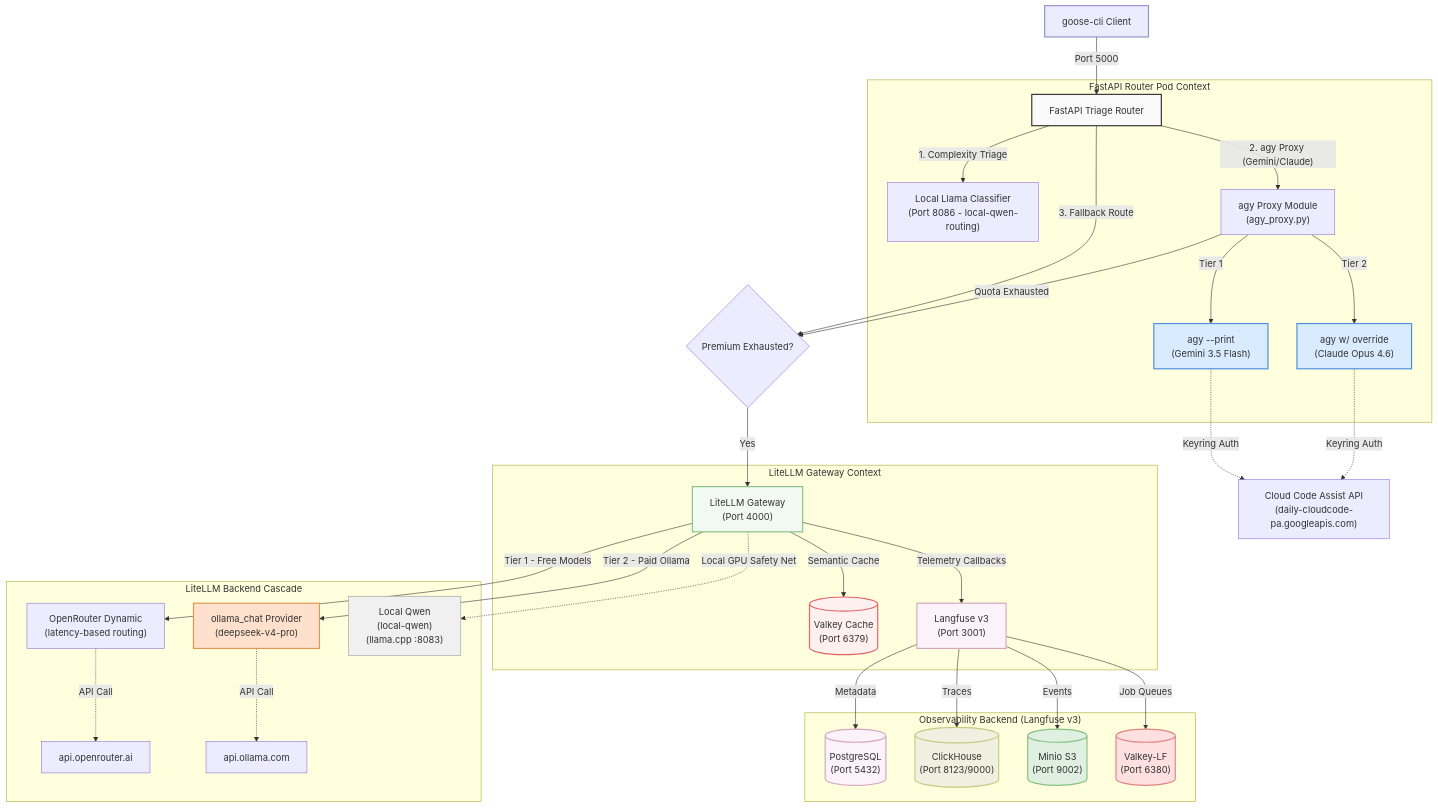
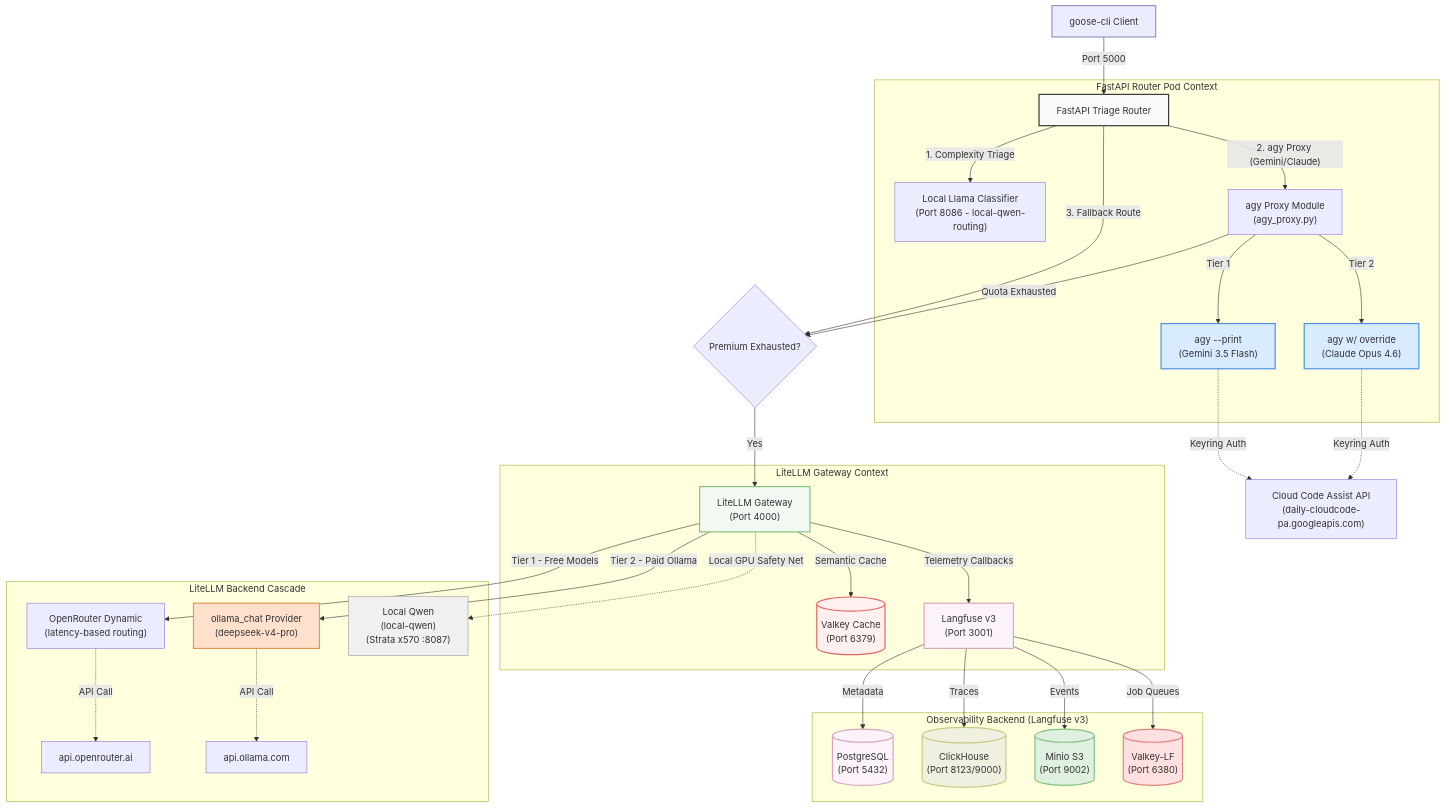
The first of 3 diagrams in README.md (sheepdestroyer/LLM-Routing), drawn with Mermaid before and after one commit. The commit also changed other lines of this file and 12 other files, not shown here.

First line of the commit message:
feat(x570): route local-qwen* aliases to x570 Strata (:8087) via LOCAL_STRATA_URL (#798)

````diff
--- a/README.md
+++ b/README.md
@@ -23,53 +23,53 @@
 ```mermaid
 graph TD
     Client["goose-cli Client"] -->|Port 5000| Router["FastAPI Triage Router"]
 
     subgraph FastAPIRouter ["FastAPI Router Pod Context"]
         Router -->|1. Complexity Triage| LlamaServer["Local Llama Classifier\n(Port 8086 - local-qwen-routing)"]
         Router -->|"2. agy Proxy (Gemini/Claude)"| AgyProxy["agy Proxy Module\n(agy_proxy.py)"]
 
         AgyProxy -->|Tier 1| AgyGemini["agy --print\n(Gemini 3.5 Flash)"]
         AgyProxy -->|Tier 2| AgyOpus["agy w/ override\n(Claude Opus 4.6)"]
     end
 
     AgyGemini -.->|Keyring Auth| Google["Cloud Code Assist API\n(daily-cloudcode-pa.googleapis.com)"]
     AgyOpus -.->|Keyring Auth| Google
 
     Router -->|3. Fallback Route| RouteSelector{"Premium Exhausted?"}
     RouteSelector -->|Yes| LiteLLM["LiteLLM Gateway\n(Port 4000)"]
     AgyProxy -->|Quota Exhausted| RouteSelector
 
     subgraph LiteLLMGateway ["LiteLLM Gateway Context"]
         LiteLLM -->|Semantic Cache| Valkey[("Valkey Cache\n(Port 6379)")]
         LiteLLM -->|Telemetry Callbacks| Langfuse["Langfuse v3\n(Port 3001)"]
     end
 
     subgraph BackendRoutingCascade ["LiteLLM Backend Cascade"]
         LiteLLM -->|Tier 1 - Free Models| OpenRouter["OpenRouter Dynamic\n(latency-based routing)"]
         LiteLLM -->|Tier 2 - Paid Ollama| OllamaTier["ollama_chat Provider\n(deepseek-v4-pro)"]
         OpenRouter -.->|API Call| OpenRouterAPI["api.openrouter.ai"]
         OllamaTier -.->|API Call| OllamaAPI["api.ollama.com"]
-        LiteLLM -.->|"Local GPU Safety Net"| QwenLocal["Local Qwen\n(local-qwen)\n(llama.cpp :8083)"]
+        LiteLLM -.->|"Local GPU Safety Net"| QwenLocal["Local Qwen\n(local-qwen)\n(Strata x570 :8087)"]
     end
 
     subgraph Observability ["Observability Backend (Langfuse v3)"]
         Langfuse -->|Metadata| Postgres[("PostgreSQL\n(Port 5432)")]
         Langfuse -->|Traces| ClickHouse[("ClickHouse\n(Port 8123/9000)")]
         Langfuse -->|Events| Minio[("Minio S3\n(Port 9002)")]
         Langfuse -->|Job Queues| ValkeyLF[("Valkey-LF\n(Port 6380)")]
     end
 
     style Client fill:#ececff,stroke:#9393c9,stroke-width:2px;
     style Router fill:#f9f9f9,stroke:#333,stroke-width:2px;
     style AgyGemini fill:#d9ebff,stroke:#4a90e2,stroke-width:2px;
     style AgyOpus fill:#d9ebff,stroke:#4a90e2,stroke-width:2px;
     style LiteLLM fill:#f2f9f2,stroke:#85c285,stroke-width:2px;
     style OllamaTier fill:#ffe0cc,stroke:#e09650,stroke-width:2px;
     style Valkey fill:#fff0f0,stroke:#e06666,stroke-width:2px;
     style Langfuse fill:#fbf2fa,stroke:#d5a6bd,stroke-width:2px;
     style Postgres fill:#fbf2fa,stroke:#d5a6bd,stroke-width:2px;
     style ClickHouse fill:#f0f0e0,stroke:#c9c985,stroke-width:2px;
     style Minio fill:#e0f0e0,stroke:#85c285,stroke-width:2px;
     style ValkeyLF fill:#ffe0e0,stroke:#e08585,stroke-width:2px;
     style QwenLocal fill:#f0f0f0,stroke:#999,stroke-width:1px;
 ```
````
